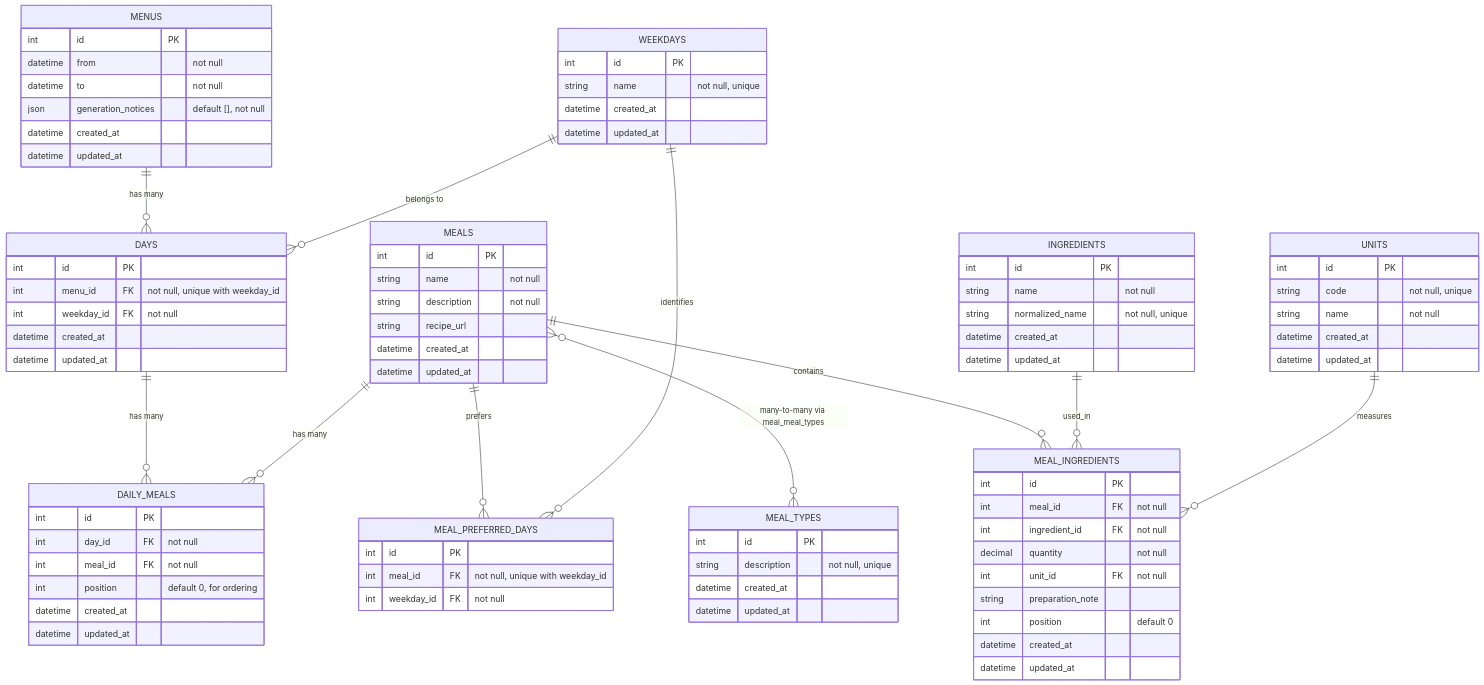
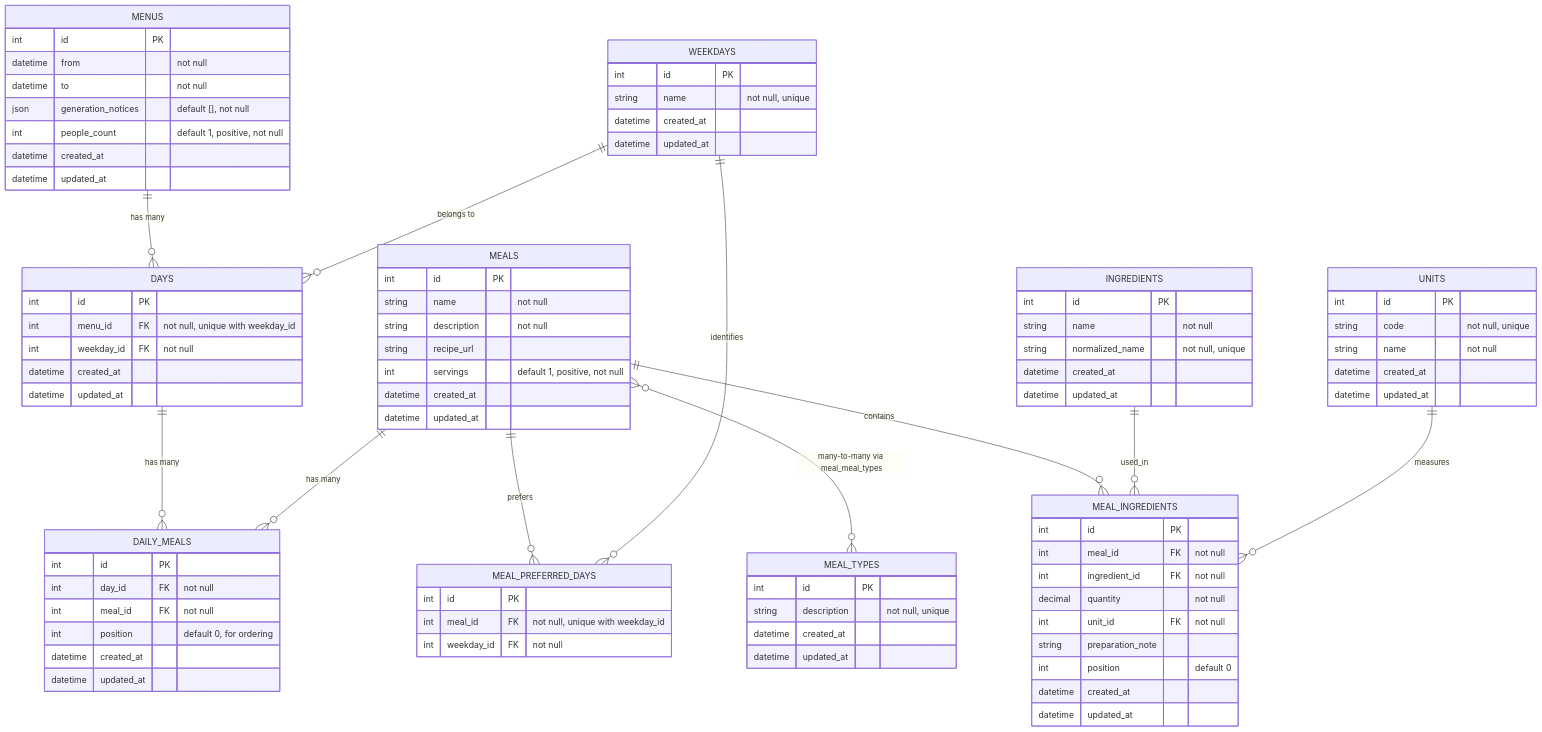
The diagram in docs/database.md (DarthCharles/meal_planner), drawn with Mermaid before and after one commit. The commit also changed other lines of this file and 20 other files, not shown here.

```diff
--- a/docs/database.md
+++ b/docs/database.md
@@ -22,6 +22,7 @@
     datetime from "not null"
     datetime to "not null"
     json generation_notices "default [], not null"
+    int people_count "default 1, positive, not null"
     datetime created_at
     datetime updated_at
   }
@@ -55,6 +56,7 @@
     string name "not null"
     string description "not null"
     string recipe_url
+    int servings "default 1, positive, not null"
     datetime created_at
     datetime updated_at
   }
```
